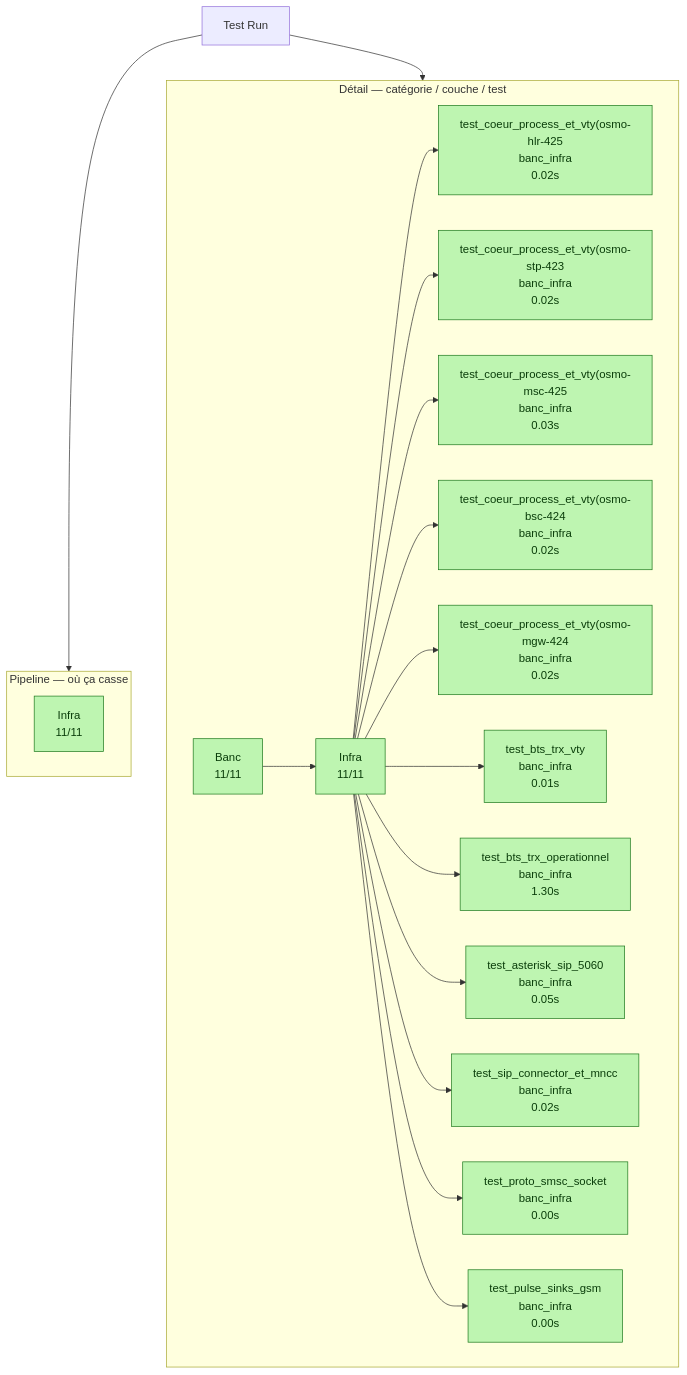
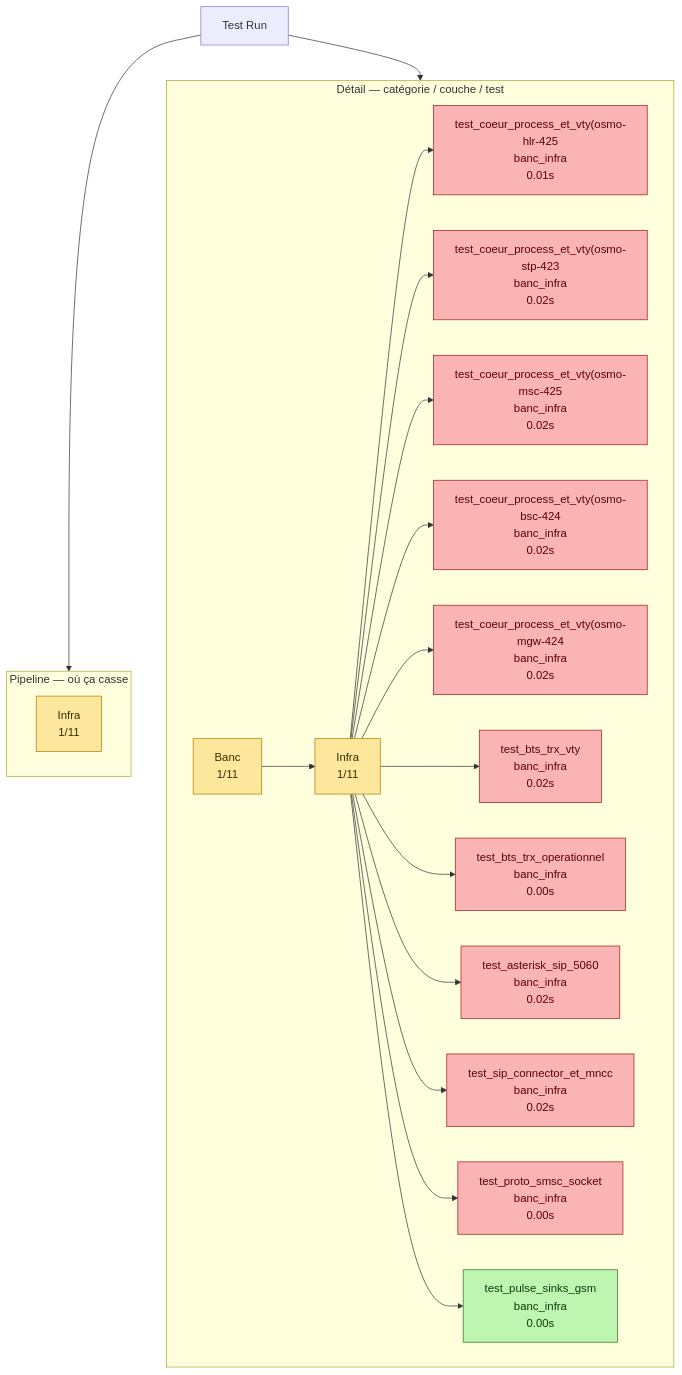
Before and after one commit to bbaranoff/tests: the diagram in pytest/infra/test_results.mmd, drawn with Mermaid. The commit also changed 129 other files, not shown here.

```diff
--- a/pytest/infra/test_results.mmd
+++ b/pytest/infra/test_results.mmd
@@ -1,45 +1,45 @@
-%% Generated by tests/conftest.py at 2026-09-30T00:09:57
+%% Generated by tests/conftest.py at 2026-10-17T15:30:53
 graph TD
   classDef pass    fill:#bef5b1,stroke:#1f7a1f,color:#0a3d0a;
   classDef partial fill:#fde79c,stroke:#b07a00,color:#3a2c00;
   classDef fail    fill:#fbb4b4,stroke:#a31a1a,color:#5a0000;
   classDef skip    fill:#e0e0e0,stroke:#6a6a6a,color:#333;
   classDef xfail   fill:#fde79c,stroke:#b07a00,color:#3a2c00;
   classDef brk  fill:#ff5252,stroke:#990000,color:#fff,stroke-width:3px;
   ROOT[Test Run]
   subgraph PIPELINE ["Pipeline — où ça casse"]
     direction LR
-    P_Infra["Infra<br/>11/11"]
-    class P_Infra pass;
+    P_Infra["Infra<br/>1/11"]
+    class P_Infra partial;
   end
   ROOT --> PIPELINE
   subgraph DETAIL ["Détail — catégorie / couche / test"]
-    C_Banc["Banc<br/>11/11"]
-    class C_Banc pass;
-    C_Banc_L_Infra["Infra<br/>11/11"]
-    class C_Banc_L_Infra pass;
+    C_Banc["Banc<br/>1/11"]
+    class C_Banc partial;
+    C_Banc_L_Infra["Infra<br/>1/11"]
+    class C_Banc_L_Infra partial;
     C_Banc --> C_Banc_L_Infra
-    C_Banc_L_Infra --> T_001_test_coeur_process_et_vty_osmo_hlr_4258_["test_coeur_process_et_vty(osmo-hlr-425<br/>banc_infra<br/>0.02s"]
-    class T_001_test_coeur_process_et_vty_osmo_hlr_4258_ pass;
+    C_Banc_L_Infra --> T_001_test_coeur_process_et_vty_osmo_hlr_4258_["test_coeur_process_et_vty(osmo-hlr-425<br/>banc_infra<br/>0.01s"]
+    class T_001_test_coeur_process_et_vty_osmo_hlr_4258_ fail;
     C_Banc_L_Infra --> T_002_test_coeur_process_et_vty_osmo_stp_4239_["test_coeur_process_et_vty(osmo-stp-423<br/>banc_infra<br/>0.02s"]
-    class T_002_test_coeur_process_et_vty_osmo_stp_4239_ pass;
-    C_Banc_L_Infra --> T_003_test_coeur_process_et_vty_osmo_msc_4254_["test_coeur_process_et_vty(osmo-msc-425<br/>banc_infra<br/>0.03s"]
-    class T_003_test_coeur_process_et_vty_osmo_msc_4254_ pass;
+    class T_002_test_coeur_process_et_vty_osmo_stp_4239_ fail;
+    C_Banc_L_Infra --> T_003_test_coeur_process_et_vty_osmo_msc_4254_["test_coeur_process_et_vty(osmo-msc-425<br/>banc_infra<br/>0.02s"]
+    class T_003_test_coeur_process_et_vty_osmo_msc_4254_ fail;
     C_Banc_L_Infra --> T_004_test_coeur_process_et_vty_osmo_bsc_4242_["test_coeur_process_et_vty(osmo-bsc-424<br/>banc_infra<br/>0.02s"]
-    class T_004_test_coeur_process_et_vty_osmo_bsc_4242_ pass;
+    class T_004_test_coeur_process_et_vty_osmo_bsc_4242_ fail;
     C_Banc_L_Infra --> T_005_test_coeur_process_et_vty_osmo_mgw_4243_["test_coeur_process_et_vty(osmo-mgw-424<br/>banc_infra<br/>0.02s"]
-    class T_005_test_coeur_process_et_vty_osmo_mgw_4243_ pass;
-    C_Banc_L_Infra --> T_006_test_bts_trx_vty["test_bts_trx_vty<br/>banc_infra<br/>0.01s"]
-    class T_006_test_bts_trx_vty pass;
-    C_Banc_L_Infra --> T_007_test_bts_trx_operationnel["test_bts_trx_operationnel<br/>banc_infra<br/>1.30s"]
-    class T_007_test_bts_trx_operationnel pass;
-    C_Banc_L_Infra --> T_008_test_asterisk_sip_5060["test_asterisk_sip_5060<br/>banc_infra<br/>0.05s"]
-    class T_008_test_asterisk_sip_5060 pass;
+    class T_005_test_coeur_process_et_vty_osmo_mgw_4243_ fail;
+    C_Banc_L_Infra --> T_006_test_bts_trx_vty["test_bts_trx_vty<br/>banc_infra<br/>0.02s"]
+    class T_006_test_bts_trx_vty fail;
+    C_Banc_L_Infra --> T_007_test_bts_trx_operationnel["test_bts_trx_operationnel<br/>banc_infra<br/>0.00s"]
+    class T_007_test_bts_trx_operationnel fail;
+    C_Banc_L_Infra --> T_008_test_asterisk_sip_5060["test_asterisk_sip_5060<br/>banc_infra<br/>0.02s"]
+    class T_008_test_asterisk_sip_5060 fail;
     C_Banc_L_Infra --> T_009_test_sip_connector_et_mncc["test_sip_connector_et_mncc<br/>banc_infra<br/>0.02s"]
-    class T_009_test_sip_connector_et_mncc pass;
+    class T_009_test_sip_connector_et_mncc fail;
     C_Banc_L_Infra --> T_010_test_proto_smsc_socket["test_proto_smsc_socket<br/>banc_infra<br/>0.00s"]
-    class T_010_test_proto_smsc_socket pass;
+    class T_010_test_proto_smsc_socket fail;
     C_Banc_L_Infra --> T_011_test_pulse_sinks_gsm["test_pulse_sinks_gsm<br/>banc_infra<br/>0.00s"]
     class T_011_test_pulse_sinks_gsm pass;
   end
   ROOT --> DETAIL
```
